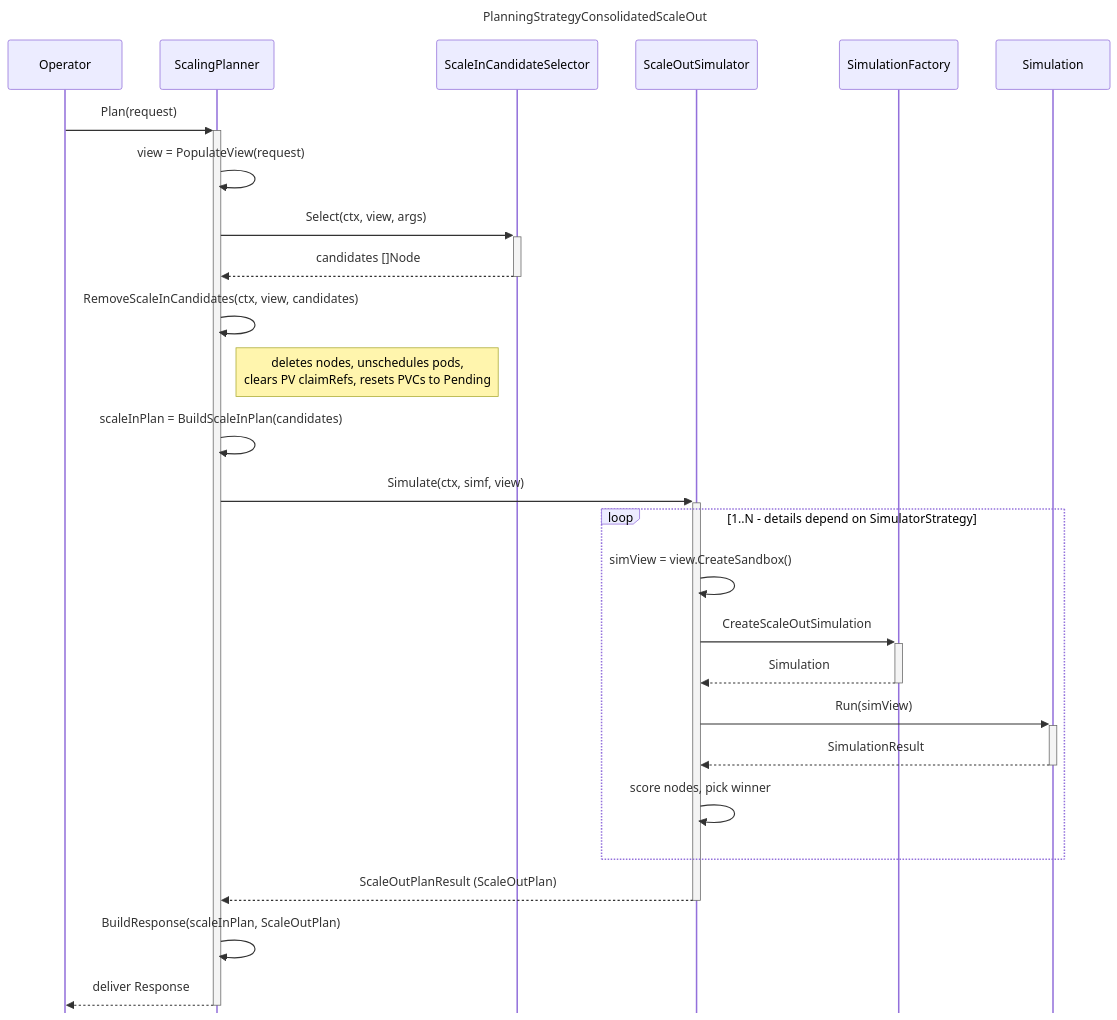
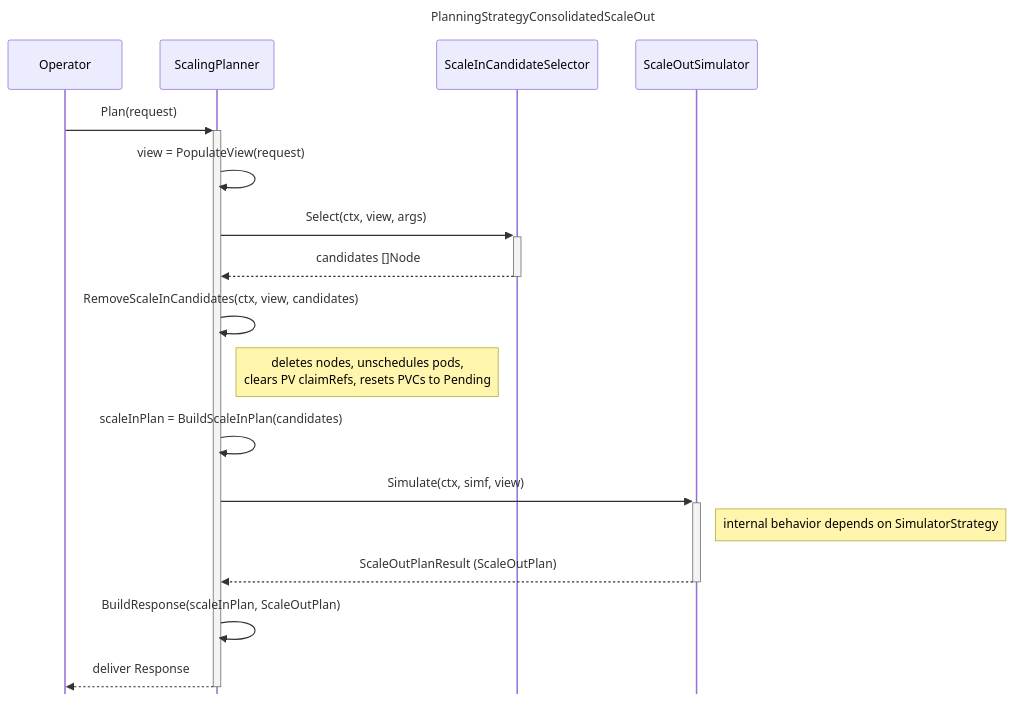
The third of 8 diagrams in docs/design.md (gardener/scaling-advisor), drawn with Mermaid before and after one commit. The commit also changed other lines of this file and 2 other files, not shown here.

````diff
--- a/docs/design.md
+++ b/docs/design.md
@@ -215,37 +218,26 @@
 ```mermaid
 ---
 title: PlanningStrategyConsolidatedScaleOut
 config:
   sequence:
     mirrorActors: false
 ---
 sequenceDiagram
     participant op as Operator
     participant sp as ScalingPlanner
     participant selector as ScaleInCandidateSelector
     participant sos as ScaleOutSimulator
-    participant simf as SimulationFactory
-    participant sim as Simulation
 
     op->>+sp: Plan(request)
     sp->>sp: view = PopulateView(request)
     sp->>+selector: Select(ctx, view, args)
     selector-->>-sp: candidates []Node
     sp->>sp: RemoveScaleInCandidates(ctx, view, candidates)
     note right of sp: deletes nodes, unschedules pods,<br/>clears PV claimRefs, resets PVCs to Pending
     sp->>sp: scaleInPlan = BuildScaleInPlan(candidates)
     sp->>+sos: Simulate(ctx, simf, view)
-
-    loop 1..N - details depend on SimulatorStrategy
-        sos->>sos: simView = view.CreateSandbox()
-        sos->>+simf: CreateScaleOutSimulation
-        simf-->>-sos: Simulation
-        sos->>+sim: Run(simView)
-        sim-->>-sos: SimulationResult
-        sos->>sos: score nodes, pick winner
-    end
-
+    note right of sos: internal behavior depends on SimulatorStrategy
     sos-->>-sp: ScaleOutPlanResult (ScaleOutPlan)
     sp->>sp: BuildResponse(scaleInPlan, ScaleOutPlan)
     sp-->>-op: deliver Response
 ```
````
